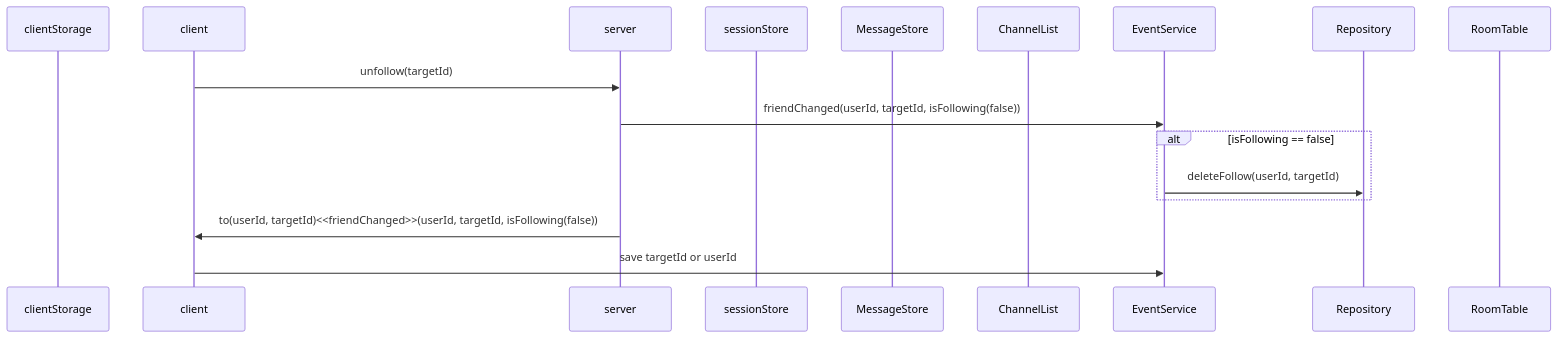
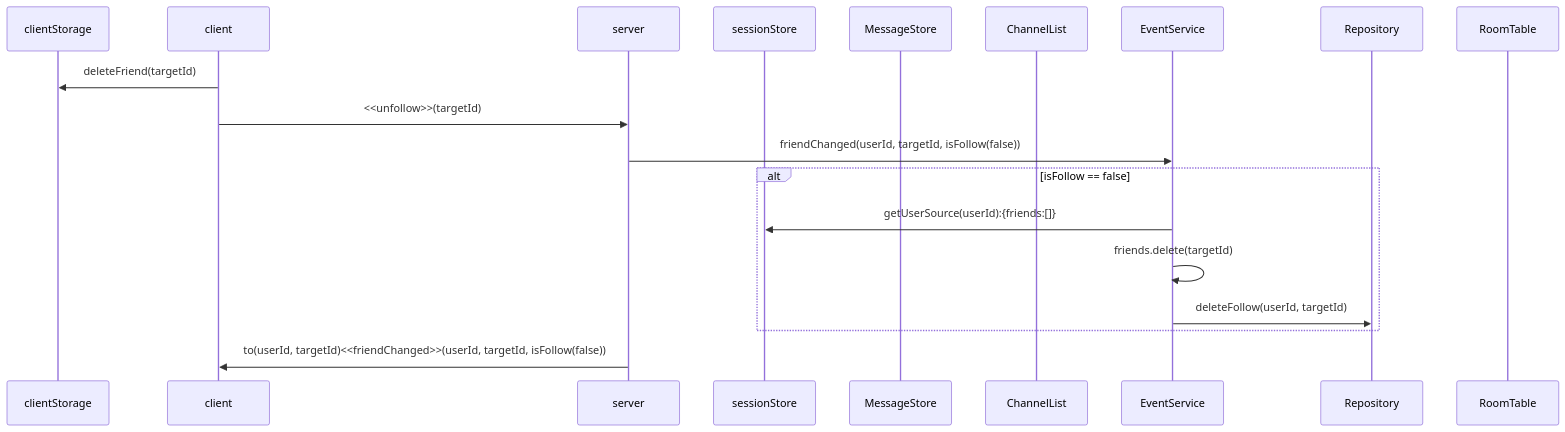
The eighth of 19 diagrams in backend/node/app/event.md (mtak0235/simmons_transcendence), drawn with Mermaid before and after one commit. The commit also changed other lines of this file, not shown here.

````diff
--- a/backend/node/app/event.md
+++ b/backend/node/app/event.md
@@ -186,20 +198,22 @@
 ```mermaid
 sequenceDiagram
 participant cls as clientStorage
 participant c as client
 participant ga as server
 participant ss as sessionStore
 participant ms as MessageStore
 participant cns as ChannelList
 participant cs as EventService
 participant r as Repository
 participant rt as RoomTable
 
-c->>ga: unfollow(targetId)
-ga->>cs: friendChanged(userId, targetId, isFollowing(false))
-alt isFollowing == false
+c->>cls: deleteFriend(targetId)
+c->>ga: <<unfollow>>(targetId)
+ga->>cs: friendChanged(userId, targetId, isFollow(false))
+alt isFollow == false
+cs->>ss: getUserSource(userId):{friends:[]}
+cs->>cs: friends.delete(targetId)
 cs->>r: deleteFollow(userId, targetId)
 end
-ga->>c: to(userId, targetId)<<friendChanged>>(userId, targetId, isFollowing(false))
-c->>cs: save targetId or userId
+ga->>c: to(userId, targetId)<<friendChanged>>(userId, targetId, isFollow(false))
 ```
````
